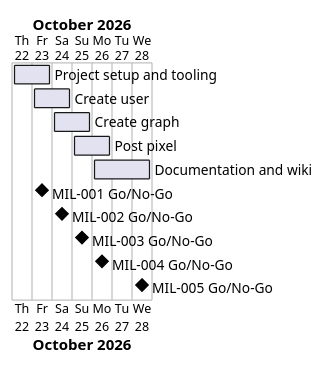
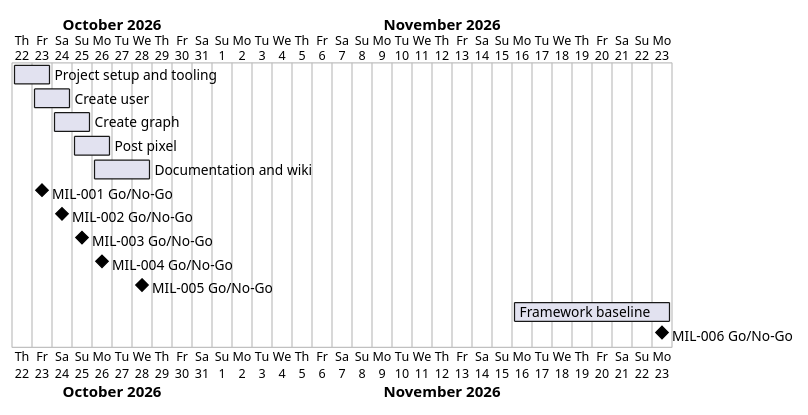
Before and after one commit to Tirsvad-Udemy-100-days-of-code/037-habit-tracker: the diagram in docs/project-plan.md, drawn with PlantUML. The commit also changed other lines of this file and 20 other files, not shown here.

First line of the commit message:
Bring Habit Tracker to the framework baseline (MIL-006)

````diff
--- a/docs/project-plan.md
+++ b/docs/project-plan.md
@@ -40,15 +43,17 @@
 ```plantuml
 @startgantt
 Project starts 2026-10-22
 [Project setup and tooling] starts 2026-10-22 and ends 2026-10-23
 [Create user] starts 2026-10-23 and ends 2026-10-24
 [Create graph] starts 2026-10-24 and ends 2026-10-25
 [Post pixel] starts 2026-10-25 and ends 2026-10-26
 [Documentation and wiki] starts 2026-10-26 and ends 2026-10-28
 [MIL-001 Go/No-Go] happens 2026-10-23
 [MIL-002 Go/No-Go] happens 2026-10-24
 [MIL-003 Go/No-Go] happens 2026-10-25
 [MIL-004 Go/No-Go] happens 2026-10-26
 [MIL-005 Go/No-Go] happens 2026-10-28
+[Framework baseline] starts 2026-11-16 and ends 2026-11-23
+[MIL-006 Go/No-Go] happens 2026-11-23
 @endgantt
 ```
````
